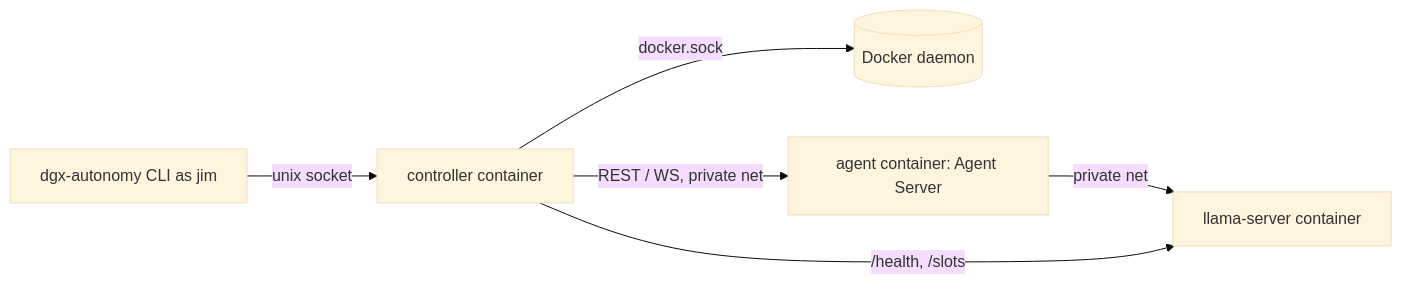
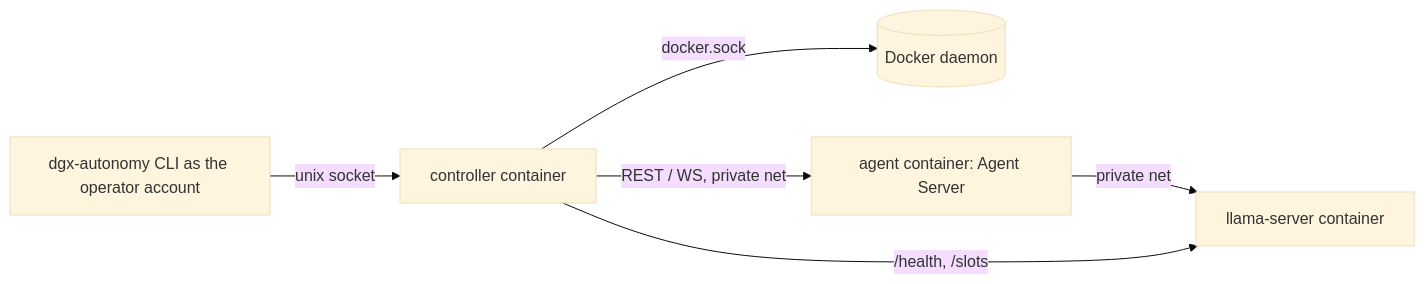
One commit to EduardKakosyan/dgx-autonomy changed the diagram in docs/design/05-structure-outline.md. Above: the diagram before and after it, drawn with Mermaid (base theme). The commit also changed other lines of this file and 5 other files, not shown here.

````diff
--- a/docs/design/05-structure-outline.md
+++ b/docs/design/05-structure-outline.md
@@ -79,8 +79,8 @@
 ```mermaid
 flowchart LR
-    CLI[dgx-autonomy CLI as jim] -->|unix socket| Controller[controller container]
+    CLI[dgx-autonomy CLI as the operator account] -->|unix socket| Controller[controller container]
     Controller -->|docker.sock| Docker[(Docker daemon)]
     Controller -->|REST / WS, private net| Agent[agent container: Agent Server]
     Agent -->|private net| Inference[llama-server container]
     Controller -->|/health, /slots| Inference
 ```
````
